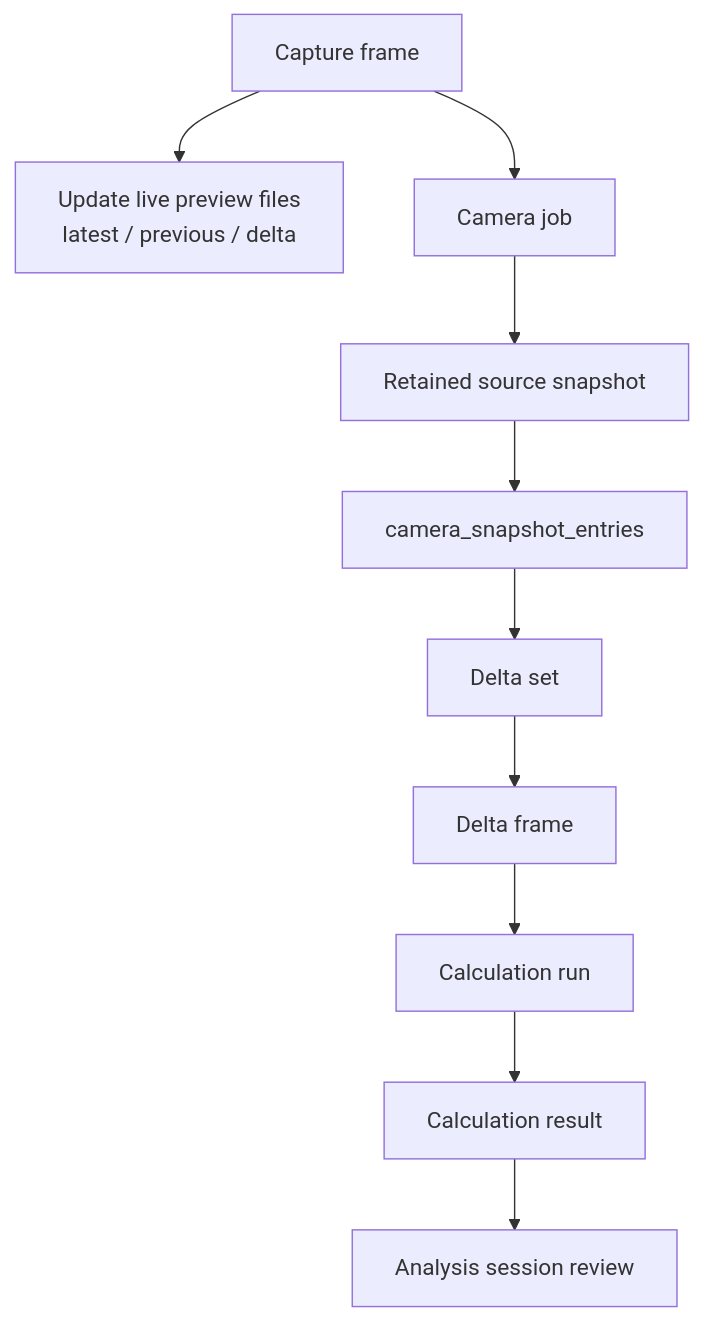
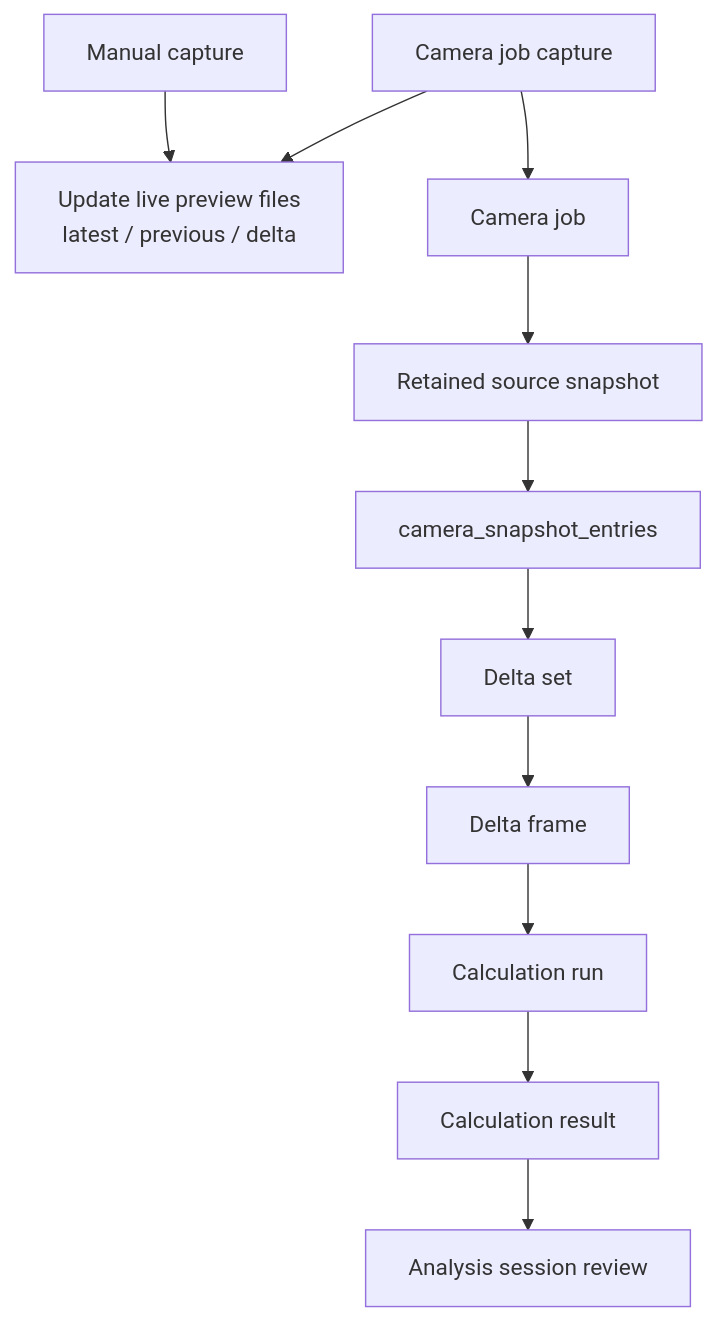
One commit to nathabee/spaghetti-chef changed the second of 4 diagrams in README.md. Above: the diagram before and after it, drawn with Mermaid. The commit also changed other lines of this file and 474 other files, not shown here.

````diff
--- a/README.md
+++ b/README.md
@@ -239,23 +239,25 @@
 ```mermaid
 flowchart TB
-    capture["Capture frame"]
+    manual["Manual capture"]
     live["Update live preview files<br/>latest / previous / delta"]
+    jobcapture["Camera job capture"]
     job["Camera job"]
     snapshot["Retained source snapshot"]
     entry["camera_snapshot_entries"]
     deltaset["Delta set"]
     deltaframe["Delta frame"]
     calculationrun["Calculation run"]
     result["Calculation result"]
     review["Analysis session review"]
 
-    capture --> live
-    capture --> job
+    manual --> live
+    jobcapture --> job
+    jobcapture --> live
     job --> snapshot
     snapshot --> entry
     entry --> deltaset
     deltaset --> deltaframe
     deltaframe --> calculationrun
     calculationrun --> result
     result --> review
 ```
````
